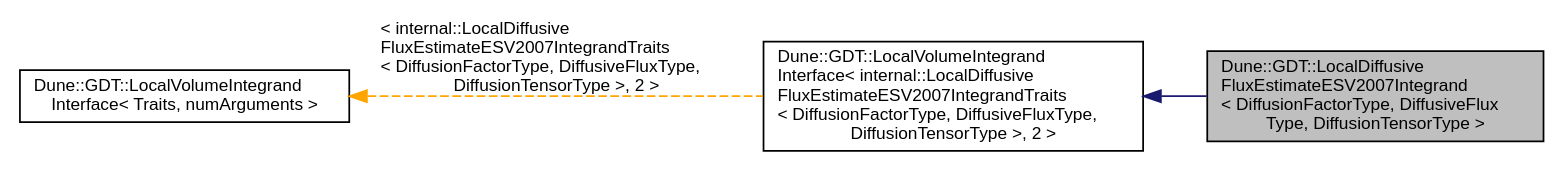
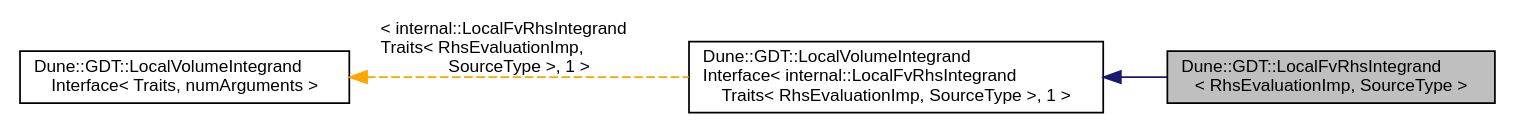
Before and after one commit to dune-community/dune-community.github.io: the diagram in docs/dune-gdt/''/a01498.dot, drawn with Graphviz. The commit also changed 2733 other files, not shown here.

Commit message:
Updated documentation for dune-gdt ''

```diff
--- a/docs/dune-gdt/''/a01498.dot
+++ b/docs/dune-gdt/''/a01498.dot
@@ -1,11 +1,11 @@
-digraph "Dune::GDT::LocalDiffusiveFluxEstimateESV2007Integrand&lt; DiffusionFactorType, DiffusiveFluxType, DiffusionTensorType &gt;"
+digraph "Dune::GDT::LocalFvRhsIntegrand&lt; RhsEvaluationImp, SourceType &gt;"
 {
   edge [fontname="Helvetica",fontsize="10",labelfontname="Helvetica",labelfontsize="10"];
   node [fontname="Helvetica",fontsize="10",shape=record];
   rankdir="LR";
-  Node0 [label="Dune::GDT::LocalDiffusive\lFluxEstimateESV2007Integrand\l\< DiffusionFactorType, DiffusiveFlux\lType, DiffusionTensorType \>",height=0.2,width=0.4,color="black", fillcolor="grey75", style="filled", fontcolor="black"];
+  Node0 [label="Dune::GDT::LocalFvRhsIntegrand\l\< RhsEvaluationImp, SourceType \>",height=0.2,width=0.4,color="black", fillcolor="grey75", style="filled", fontcolor="black"];
   Node1 -> Node0 [dir="back",color="midnightblue",fontsize="10",style="solid",fontname="Helvetica"];
-  Node1 [label="Dune::GDT::LocalVolumeIntegrand\lInterface\< internal::LocalDiffusive\lFluxEstimateESV2007IntegrandTraits\l\< DiffusionFactorType, DiffusiveFluxType,\l DiffusionTensorType \>, 2 \>",height=0.2,width=0.4,color="black", fillcolor="white", style="filled",URL="$a01539.html"];
-  Node2 -> Node1 [dir="back",color="orange",fontsize="10",style="dashed",label=" \< internal::LocalDiffusive\lFluxEstimateESV2007IntegrandTraits\l\< DiffusionFactorType, DiffusiveFluxType,\l DiffusionTensorType \>, 2 \>" ,fontname="Helvetica"];
-  Node2 [label="Dune::GDT::LocalVolumeIntegrand\lInterface\< Traits, numArguments \>",height=0.2,width=0.4,color="black", fillcolor="white", style="filled",URL="$a01539.html",tooltip="Interface for local evaluations that depend on a codim 0 entity. "];
+  Node1 [label="Dune::GDT::LocalVolumeIntegrand\lInterface\< internal::LocalFvRhsIntegrand\lTraits\< RhsEvaluationImp, SourceType \>, 1 \>",height=0.2,width=0.4,color="black", fillcolor="white", style="filled",URL="$a01523.html"];
+  Node2 -> Node1 [dir="back",color="orange",fontsize="10",style="dashed",label=" \< internal::LocalFvRhsIntegrand\lTraits\< RhsEvaluationImp,\l SourceType \>, 1 \>" ,fontname="Helvetica"];
+  Node2 [label="Dune::GDT::LocalVolumeIntegrand\lInterface\< Traits, numArguments \>",height=0.2,width=0.4,color="black", fillcolor="white", style="filled",URL="$a01523.html",tooltip="Interface for local evaluations that depend on a codim 0 entity. "];
 }
```
